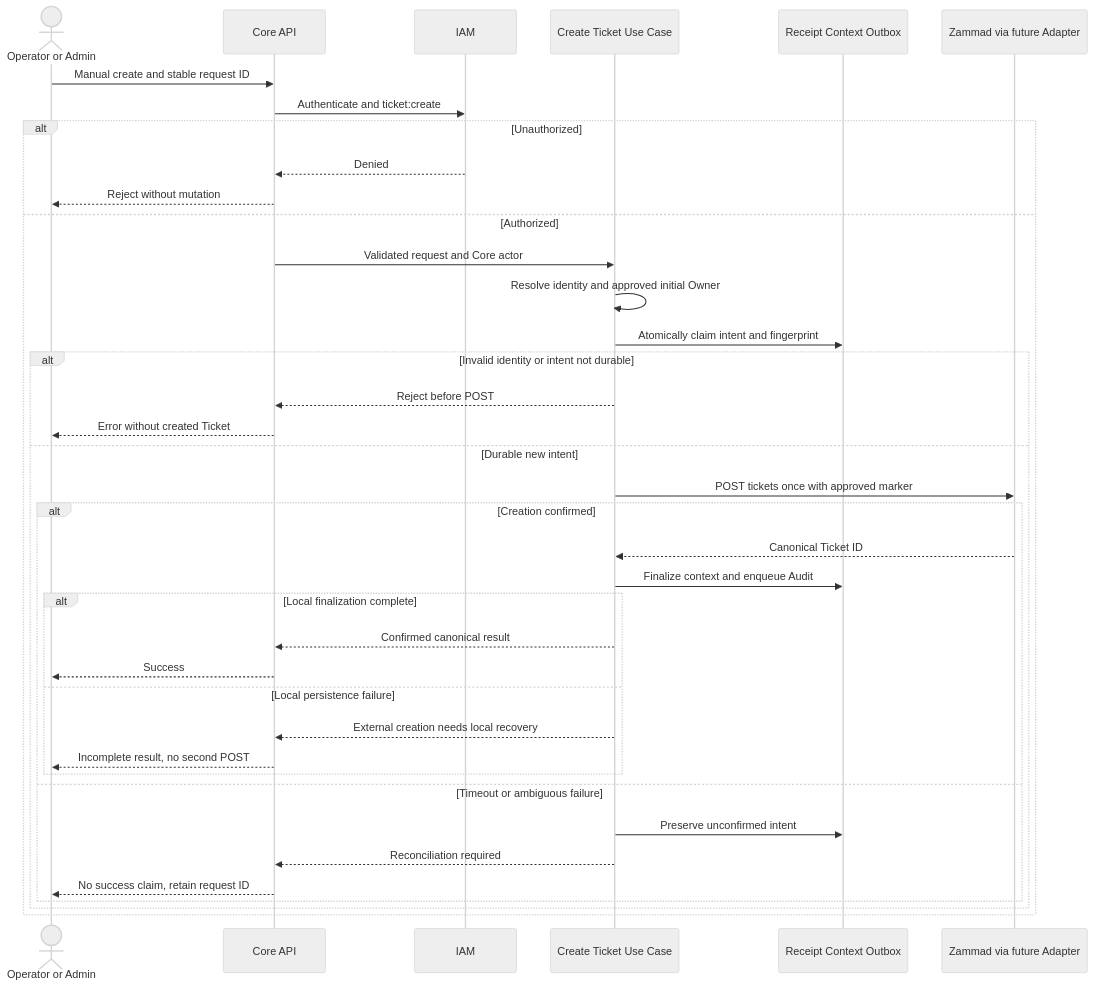
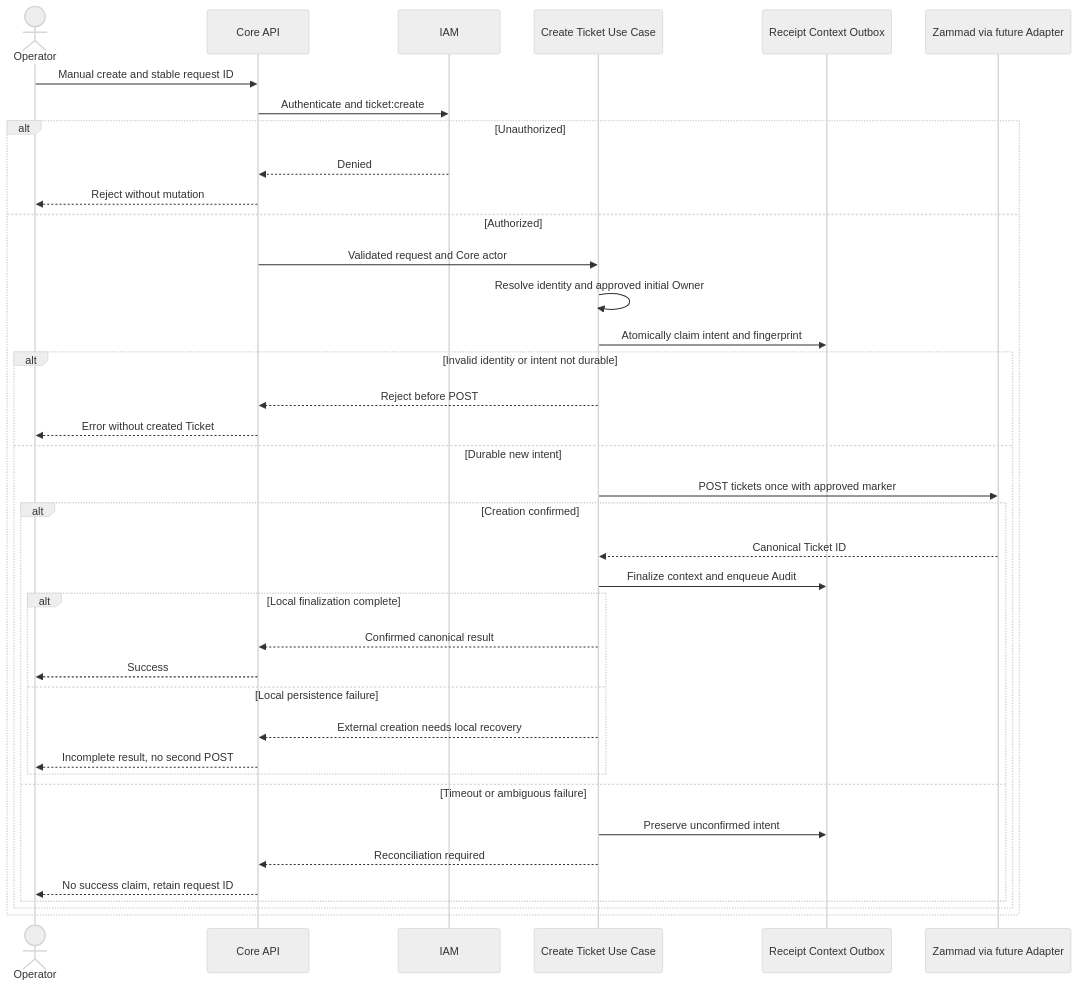
One commit to AR-IMMS/core-backend changed the fourth of 11 diagrams in docs/local/architecture/flow04-ticket-zammad-backend-design.md. Above: the diagram before and after it, drawn with Mermaid (neutral theme). The commit also changed other lines of this file and 12 other files, not shown here.

````diff
--- a/docs/local/architecture/flow04-ticket-zammad-backend-design.md
+++ b/docs/local/architecture/flow04-ticket-zammad-backend-design.md
@@ -278,40 +314,40 @@
 ```mermaid
 sequenceDiagram
-    actor U as Operator or Admin
+    actor U as Operator
     participant C as Core API
     participant I as IAM
     participant T as Create Ticket Use Case
     participant L as Receipt Context Outbox
     participant Z as Zammad via future Adapter
     U->>C: Manual create and stable request ID
     C->>I: Authenticate and ticket:create
     alt Unauthorized
         I-->>C: Denied
         C-->>U: Reject without mutation
     else Authorized
         C->>T: Validated request and Core actor
         T->>T: Resolve identity and approved initial Owner
         T->>L: Atomically claim intent and fingerprint
         alt Invalid identity or intent not durable
             T-->>C: Reject before POST
             C-->>U: Error without created Ticket
         else Durable new intent
             T->>Z: POST tickets once with approved marker
             alt Creation confirmed
                 Z-->>T: Canonical Ticket ID
                 T->>L: Finalize context and enqueue Audit
                 alt Local finalization complete
                     T-->>C: Confirmed canonical result
                     C-->>U: Success
                 else Local persistence failure
                     T-->>C: External creation needs local recovery
                     C-->>U: Incomplete result, no second POST
                 end
             else Timeout or ambiguous failure
                 T->>L: Preserve unconfirmed intent
                 T-->>C: Reconciliation required
                 C-->>U: No success claim, retain request ID
             end
         end
     end
 ```
````
